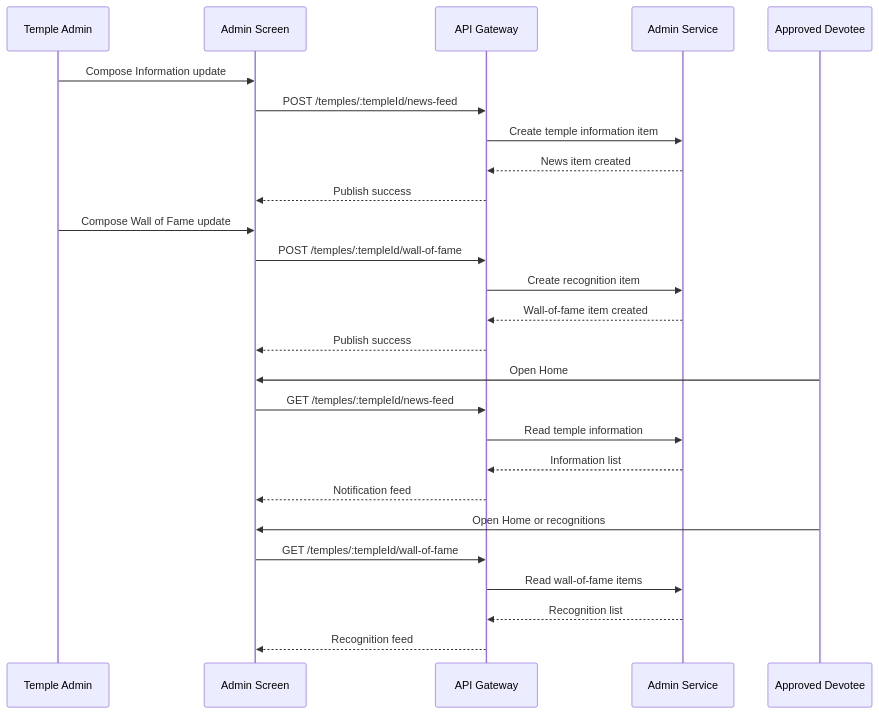
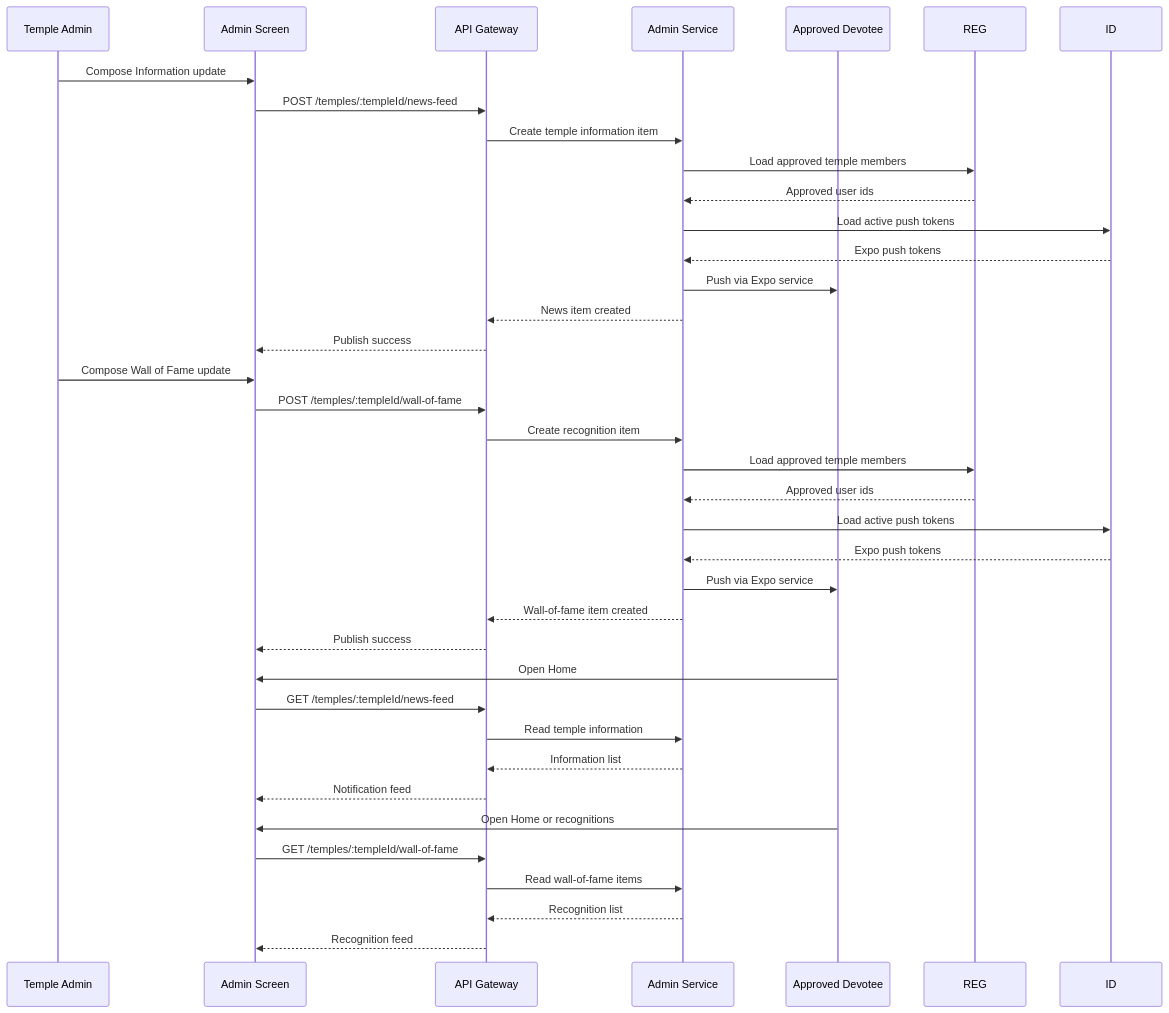
The fifth of 5 diagrams in docs/temple-app-phase1-fresh-architecture.md (apoorv2009/temple-infra), drawn with Mermaid before and after one commit. The commit also changed other lines of this file and 1 other file, not shown here.

Commit message:
docs: track push notification implementation status

````diff
--- a/docs/temple-app-phase1-fresh-architecture.md
+++ b/docs/temple-app-phase1-fresh-architecture.md
@@ -334,32 +340,42 @@
 ```mermaid
 sequenceDiagram
     participant TA as Temple Admin
     participant FE as Admin Screen
     participant GW as API Gateway
     participant ADM as Admin Service
     participant U as Approved Devotee
 
     TA->>FE: Compose Information update
     FE->>GW: POST /temples/:templeId/news-feed
     GW->>ADM: Create temple information item
+    ADM->>REG: Load approved temple members
+    REG-->>ADM: Approved user ids
+    ADM->>ID: Load active push tokens
+    ID-->>ADM: Expo push tokens
+    ADM->>U: Push via Expo service
     ADM-->>GW: News item created
     GW-->>FE: Publish success
 
     TA->>FE: Compose Wall of Fame update
     FE->>GW: POST /temples/:templeId/wall-of-fame
     GW->>ADM: Create recognition item
+    ADM->>REG: Load approved temple members
+    REG-->>ADM: Approved user ids
+    ADM->>ID: Load active push tokens
+    ID-->>ADM: Expo push tokens
+    ADM->>U: Push via Expo service
     ADM-->>GW: Wall-of-fame item created
     GW-->>FE: Publish success
 
     U->>FE: Open Home
     FE->>GW: GET /temples/:templeId/news-feed
     GW->>ADM: Read temple information
     ADM-->>GW: Information list
     GW-->>FE: Notification feed
 
     U->>FE: Open Home or recognitions
     FE->>GW: GET /temples/:templeId/wall-of-fame
     GW->>ADM: Read wall-of-fame items
     ADM-->>GW: Recognition list
     GW-->>FE: Recognition feed
 ```
````
